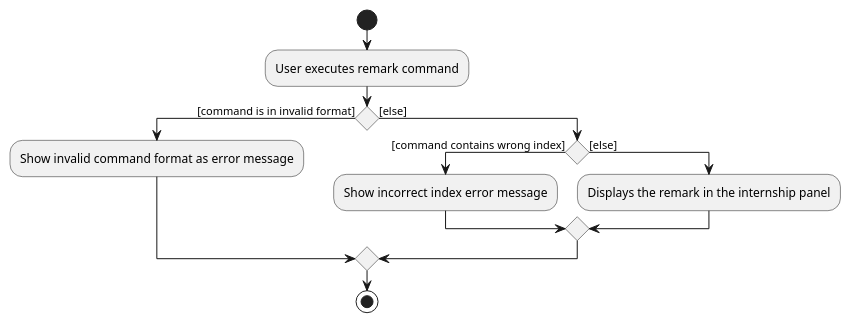
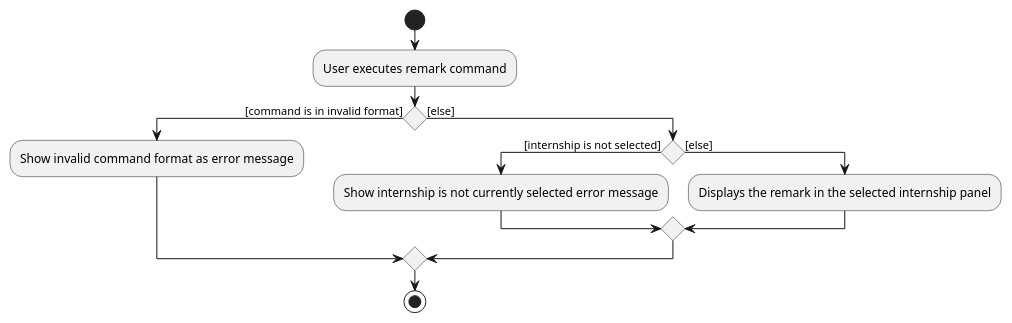
One commit to nus-cs2103-AY2223S1/tp changed the diagram in docs/diagrams/RemarkActivityDiagram.puml. Above: the diagram before and after it, drawn with PlantUML. The commit also changed 2 other files, not shown here.

Commit message:
Remark command change in DG

```diff
--- a/docs/diagrams/RemarkActivityDiagram.puml
+++ b/docs/diagrams/RemarkActivityDiagram.puml
@@ -1,17 +1,17 @@
 @startuml
 start
 :User executes remark command;
 
 if () then ([command is in invalid format])
     :Show invalid command format as error message;
 
 else ([else])
-    if () then ([command contains wrong index])
-    :Show incorrect index error message;
+    if () then ([internship is not selected])
+    :Show internship is not currently selected error message;
     else([else])
-    :Displays the remark in the internship panel;
+    :Displays the remark in the selected internship panel;
     endif
 endif
 stop
 
 @enduml
```
